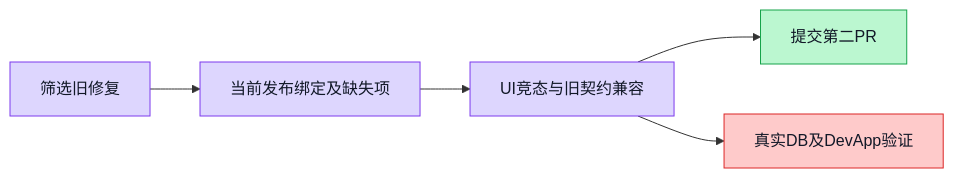
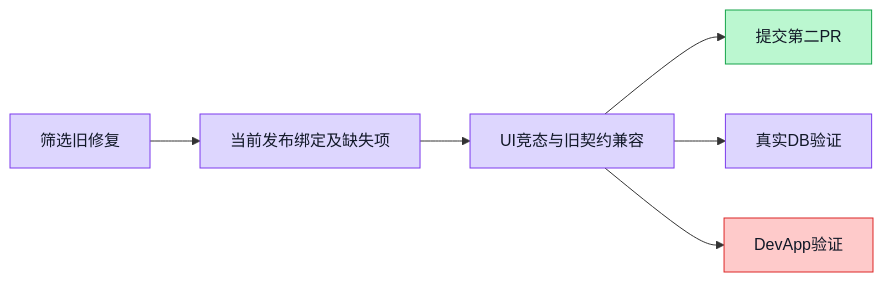
Before and after one commit to boardx/workspacex: the diagram in docs/testing/capability-graph-followup/README.md, drawn with Mermaid. The commit also changed other lines of this file and 14 other files, not shown here.

Commit message:
fix(agent): preserve permission budget and constrain graph metadata reads

````diff
--- a/docs/testing/capability-graph-followup/README.md
+++ b/docs/testing/capability-graph-followup/README.md
@@ -9,8 +9,9 @@
 ```mermaid
 flowchart LR
  A[筛选旧修复]:::tested --> B[当前发布绑定及缺失项]:::tested --> C[UI竞态与旧契约兼容]:::tested --> D[提交第二PR]:::done
- C --> E[真实DB及DevApp验证]:::blocked
+ C --> E[真实DB验证]:::tested
+ C --> F[DevApp验证]:::blocked
  classDef tested fill:#ddd6fe,stroke:#7c3aed,color:#111827
  classDef done fill:#bbf7d0,stroke:#16a34a,color:#111827
  classDef blocked fill:#fecaca,stroke:#dc2626,color:#111827
 ```
````
